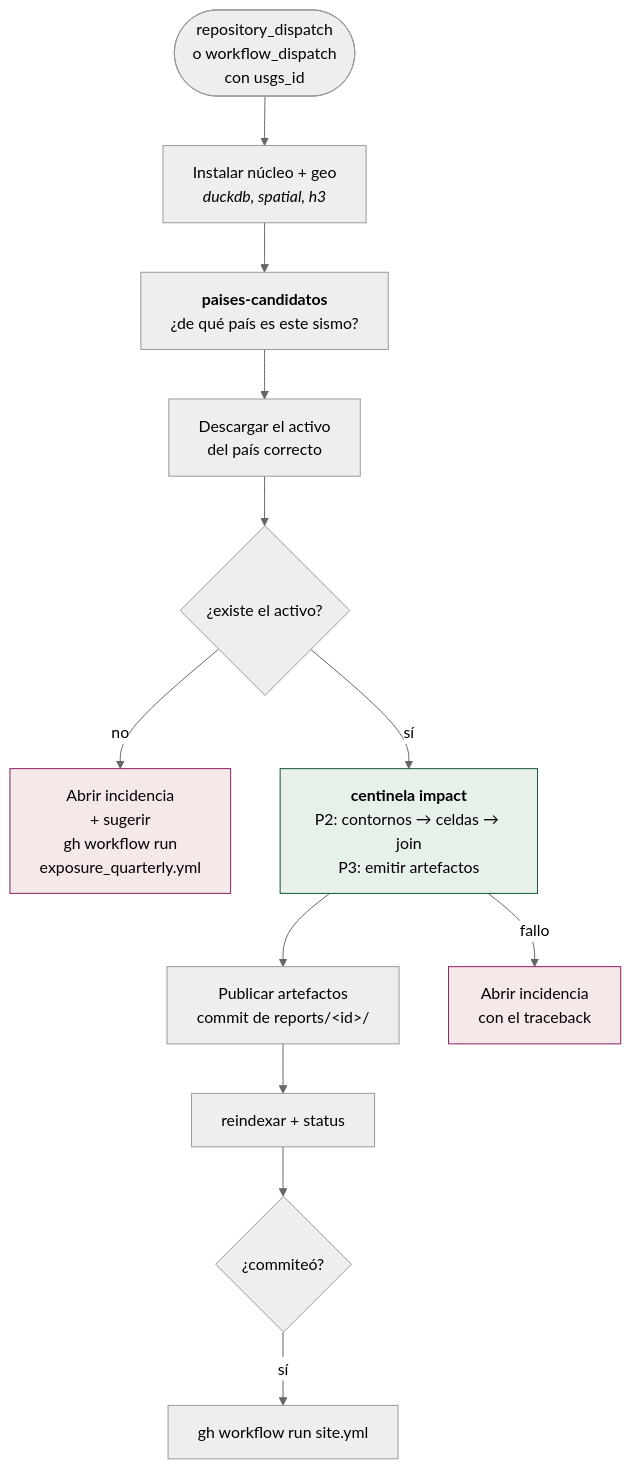
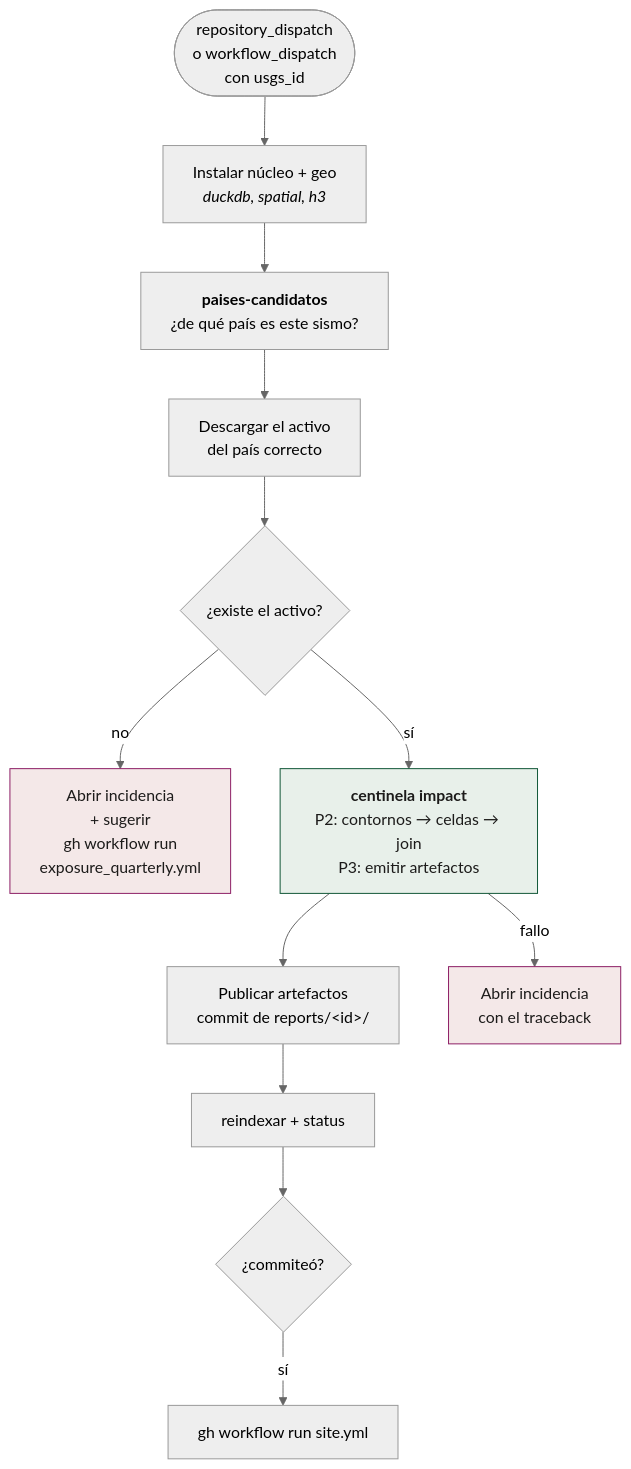
One commit to sforero77/CENTINELA changed the first of 3 diagrams in docs/acciones/cadena-de-evento.md. Above: the diagram before and after it, drawn with Mermaid (neutral theme). The commit also changed other lines of this file and 24 other files, not shown here.

First line of the commit message:
Los rotulos de los diagramas se borraban en tema oscuro

````diff
--- a/docs/acciones/cadena-de-evento.md
+++ b/docs/acciones/cadena-de-evento.md
@@ -8,18 +8,18 @@
 ```mermaid
 flowchart TB
   IN(["repository_dispatch<br/>o workflow_dispatch<br/>con usgs_id"]) --> SETUP["Instalar núcleo + geo<br/><i>duckdb, spatial, h3</i>"]
   SETUP --> RUTA["<b>paises-candidatos</b><br/>¿de qué país es este sismo?"]
   RUTA --> DESC["Descargar el activo<br/>del país correcto"]
   DESC --> FALLA{"¿existe el activo?"}
   FALLA -->|no| ISSUE["Abrir incidencia<br/>+ sugerir<br/>gh workflow run<br/>exposure_quarterly.yml"]
   FALLA -->|sí| CALC["<b>centinela impact</b><br/>P2: contornos → celdas → join<br/>P3: emitir artefactos"]
   CALC --> PUBL["Publicar artefactos<br/>commit de reports/&lt;id&gt;/"]
   PUBL --> IDX["reindexar + status"]
   IDX --> COND{"¿commiteó?"}
   COND -->|sí| SITE["gh workflow run site.yml"]
   CALC -->|fallo| ISSUE2["Abrir incidencia<br/>con el traceback"]
 
-  style CALC fill:#e8f0ea,stroke:#0f5636
-  style ISSUE fill:#f4e8e8,stroke:#8c1d64
-  style ISSUE2 fill:#f4e8e8,stroke:#8c1d64
+  style CALC fill:#e8f0ea,stroke:#0f5636,color:#1c1b1a
+  style ISSUE fill:#f4e8e8,stroke:#8c1d64,color:#1c1b1a
+  style ISSUE2 fill:#f4e8e8,stroke:#8c1d64,color:#1c1b1a
 ```
````
